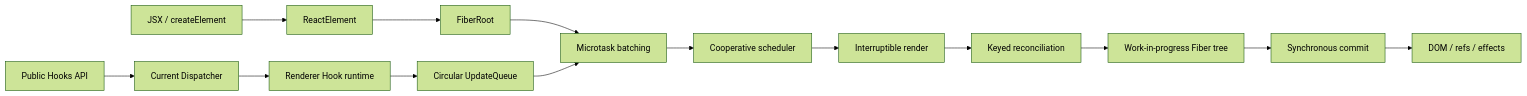
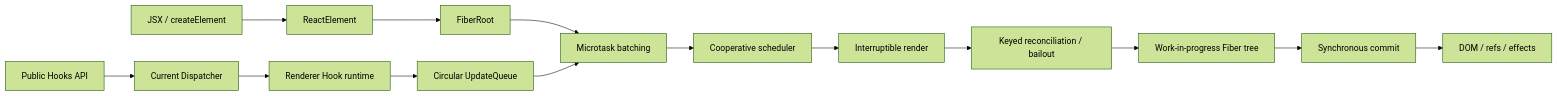
Before and after one commit to kogorou0105-bit/koact: the diagram in readme.md, drawn with Mermaid (forest theme). The commit also changed other lines of this file and 32 other files, not shown here.

````diff
--- a/readme.md
+++ b/readme.md
@@ -25,17 +25,17 @@
 ```mermaid
 flowchart LR
   JSX[JSX / createElement] --> Element[ReactElement]
   Element --> Root[FiberRoot]
   Root --> Batch[Microtask batching]
   Batch --> Scheduler[Cooperative scheduler]
   Scheduler --> Render[Interruptible render]
-  Render --> Reconcile[Keyed reconciliation]
+  Render --> Reconcile[Keyed reconciliation / bailout]
   Reconcile --> WIP[Work-in-progress Fiber tree]
   WIP --> Commit[Synchronous commit]
   Commit --> DOM[DOM / refs / effects]
 
   Hooks[Public Hooks API] --> Dispatcher[Current Dispatcher]
   Dispatcher --> Runtime[Renderer Hook runtime]
   Runtime --> Queue[Circular UpdateQueue]
   Queue --> Batch
 ```
````
